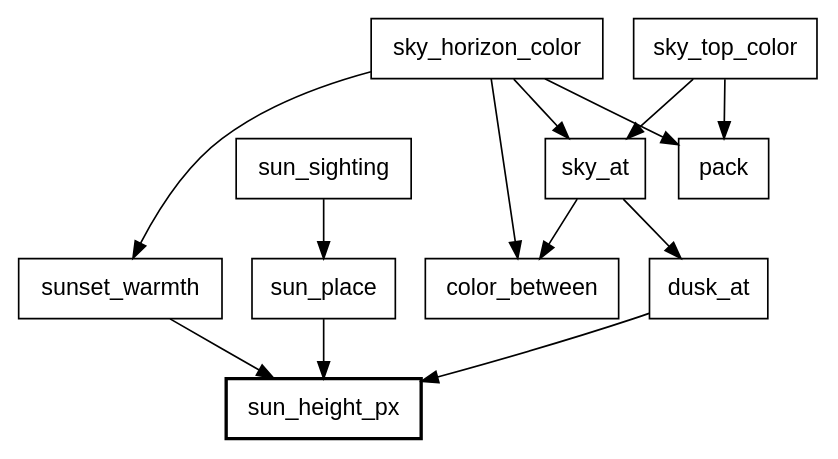
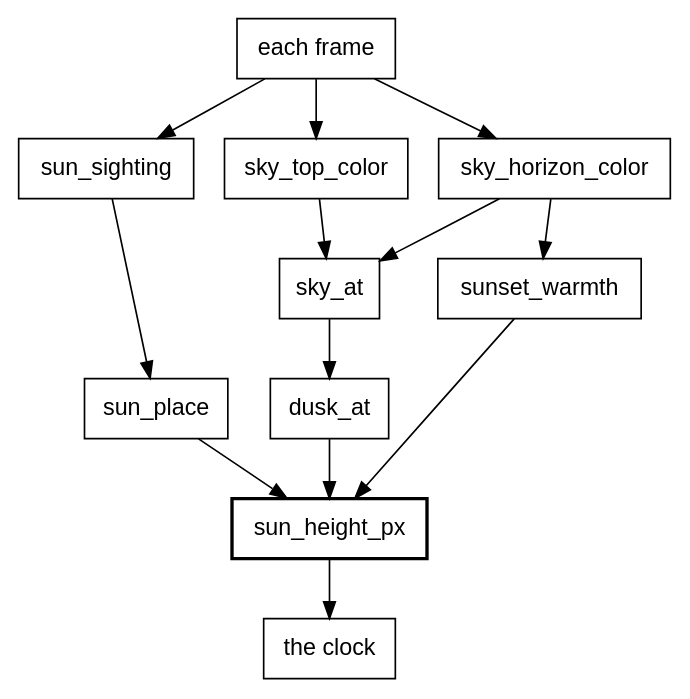
Before and after one commit to showell/roc-apps: the ninth of 29 diagrams in canvas_apps/safari/tutorial/tutorial.md, drawn with Graphviz. The commit also changed other lines of this file and 3 other files, not shown here.

Commit message:
book: The setting sun, top down, as three jobs with one widget opened at each

````diff
--- a/canvas_apps/safari/tutorial/tutorial.md
+++ b/canvas_apps/safari/tutorial/tutorial.md
@@ -998,18 +923,20 @@
 ```dot
-digraph sky_calls {
+digraph sunset {
   node [shape=box, fontname="Helvetica"];
+  frame [label="each frame"];
+  frame -> sun_sighting;
+  frame -> sky_top_color;
+  frame -> sky_horizon_color;
+  sun_sighting -> sun_place;
   sky_top_color -> sky_at;
-  sky_top_color -> pack;
   sky_horizon_color -> sky_at;
-  sky_horizon_color -> color_between;
   sky_horizon_color -> sunset_warmth;
-  sky_horizon_color -> pack;
   sky_at -> dusk_at;
-  sky_at -> color_between;
+  sun_place -> sun_height_px;
   dusk_at -> sun_height_px;
   sunset_warmth -> sun_height_px;
-  sun_sighting -> sun_place;
-  sun_place -> sun_height_px;
   sun_height_px [style=bold];
+  clock [label="the clock"];
+  sun_height_px -> clock;
 }
 ```
````
